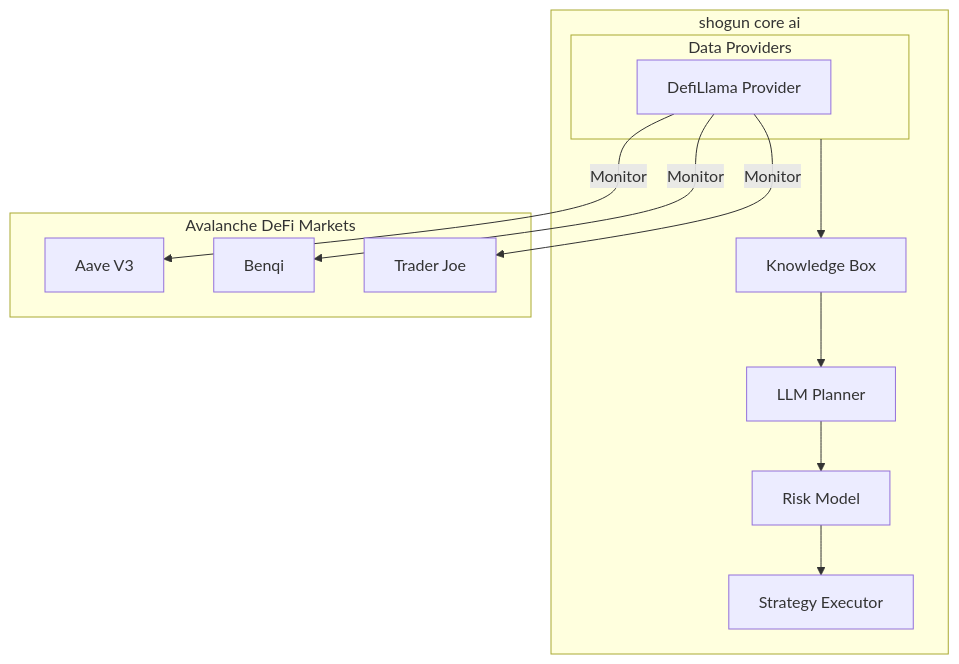
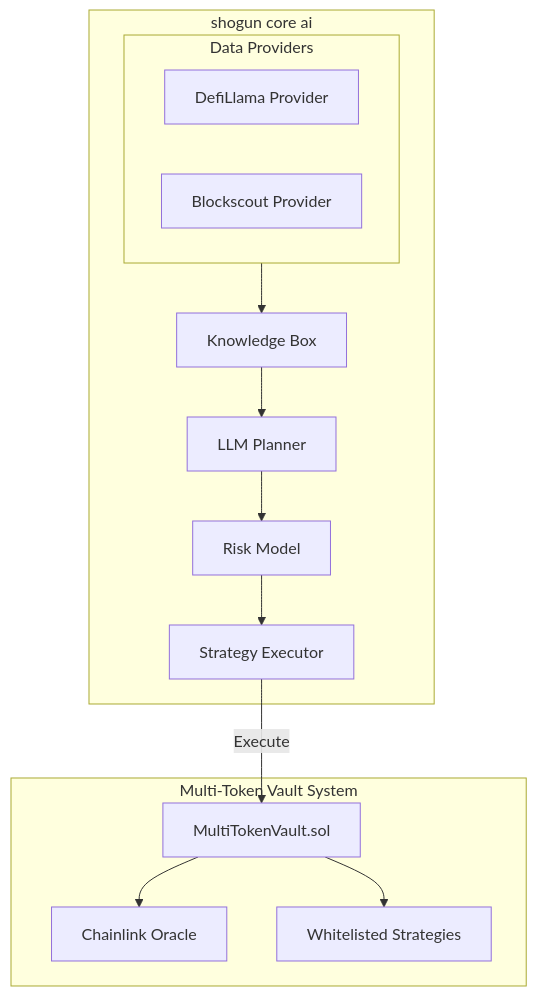
The first of 6 diagrams in docs/SHOGUN_CORE_AI_ARCHITECTURE.md (shogunprotocol/shogun-ai-core), drawn with Mermaid before and after one commit. The commit also changed other lines of this file and 21 other files, not shown here.

````diff
--- a/docs/SHOGUN_CORE_AI_ARCHITECTURE.md
+++ b/docs/SHOGUN_CORE_AI_ARCHITECTURE.md
@@ -5,24 +5,30 @@
 ```mermaid
 graph TB
     subgraph ShogunCoreAI["shogun core ai"]
         LLM[LLM Planner]
         Risk[Risk Model]
         KB[Knowledge Box]
         Exec[Strategy Executor]
         
         subgraph Providers["Data Providers"]
             DL[DefiLlama Provider]
+            BS[Blockscout Provider]
         end
         
         LLM --> Risk
         Risk --> Exec
         KB --> LLM
         Providers --> KB
     end
     
-    subgraph Markets["Avalanche DeFi Markets"]
-        DL --> |Monitor| AAVE[Aave V3]
-        DL --> |Monitor| BENQI[Benqi]
-        DL --> |Monitor| TJ[Trader Joe]
+    subgraph Vault["Multi-Token Vault System"]
+        MTV[MultiTokenVault.sol]
+        ORACLE[Chainlink Oracle]
+        STRATEGIES[Whitelisted Strategies]
+        
+        MTV --> ORACLE
+        MTV --> STRATEGIES
     end
+    
+    Exec --> |Execute| MTV
 ```
````
